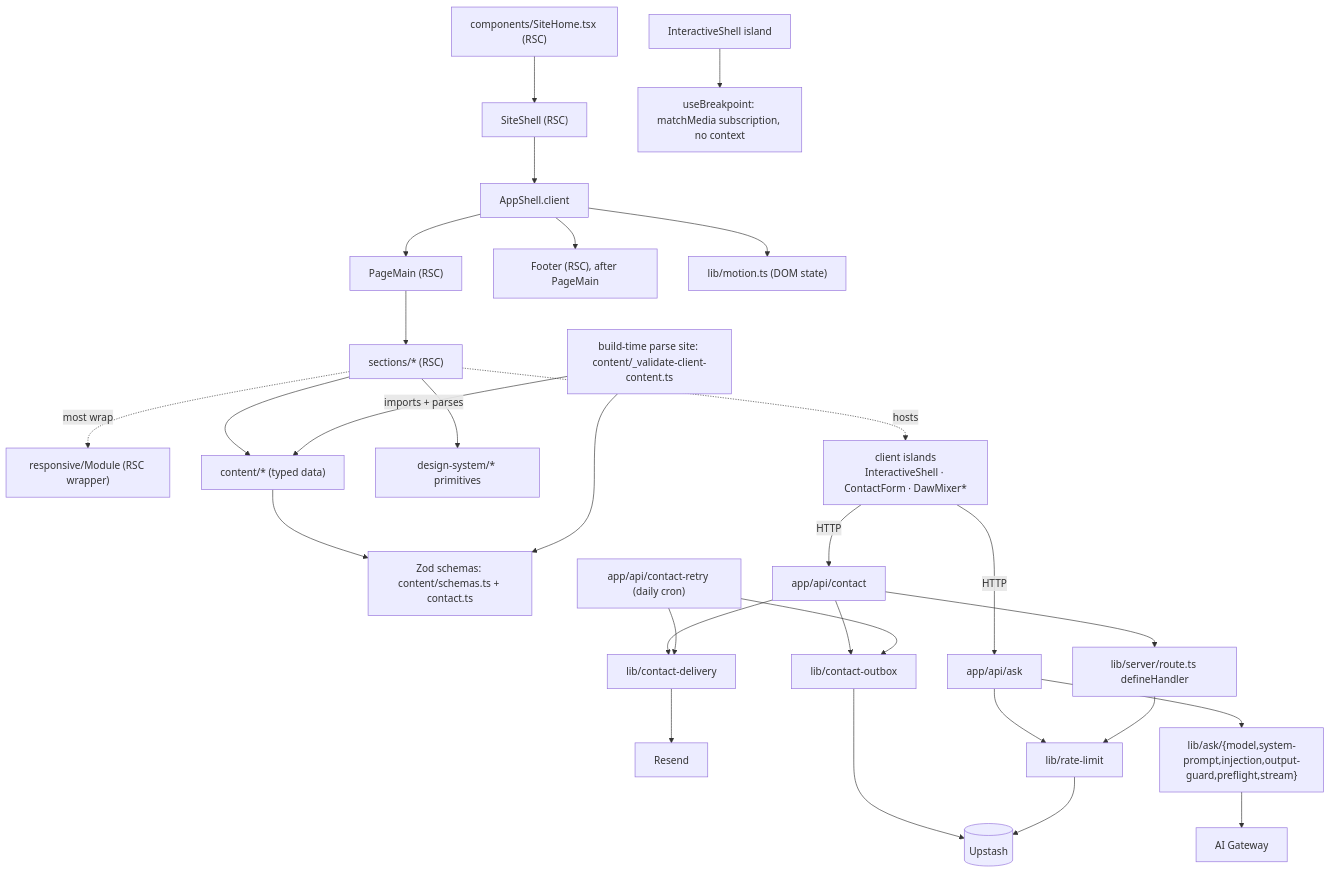
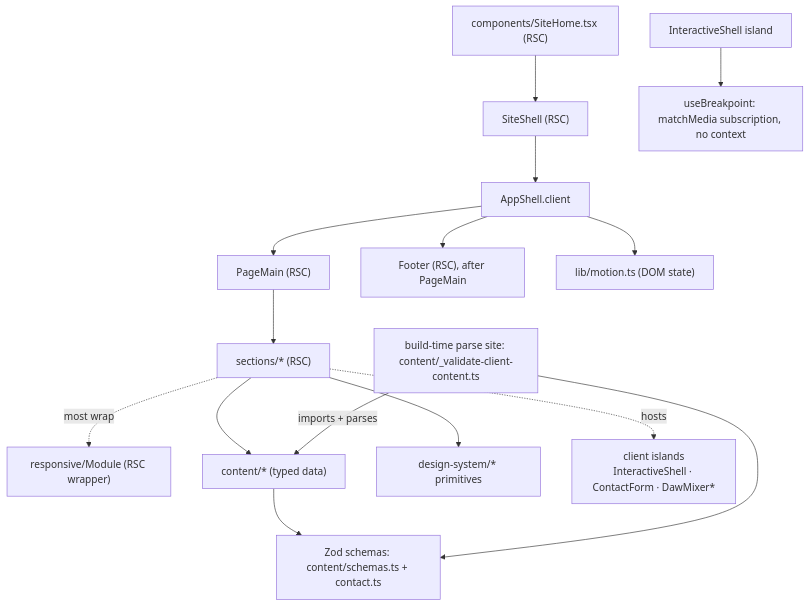
The sixth of 7 diagrams in docs/01-architecture.md (erikunha/portfolio), drawn with Mermaid before and after one commit. The commit also changed other lines of this file and 75 other files, not shown here.

````diff
--- a/docs/01-architecture.md
+++ b/docs/01-architecture.md
@@ -102,31 +126,17 @@
 ```mermaid
 flowchart TD
     page["components/SiteHome.tsx (RSC)"] --> siteshell["SiteShell (RSC)"]
     siteshell --> shell["AppShell.client"]
     shell --> main["PageMain (RSC)"]
     main --> sectionN["sections/* (RSC)"]
     shell --> footer["Footer (RSC), after PageMain"]
     sectionN -. most wrap .-> module["responsive/Module (RSC wrapper)"]
     sectionN --> content["content/* (typed data)"]
     sectionN --> dsprim["design-system/* primitives"]
     sectionN -. hosts .-> island["client islands<br/>InteractiveShell · ContactForm · DawMixer*"]
     content --> schemas["Zod schemas: content/schemas.ts + contact.ts"]
     gate["build-time parse site: content/_validate-client-content.ts"] -->|imports + parses| content
     gate --> schemas
-    island -->|HTTP| apiask["app/api/ask"]
-    island -->|HTTP| apicontact["app/api/contact"]
-    apicontact --> defh["lib/server/route.ts defineHandler"]
-    apicontact --> delivery["lib/contact-delivery"]
-    apicontact --> outbox["lib/contact-outbox"]
-    retry["app/api/contact-retry (daily cron)"] --> delivery
-    retry --> outbox
-    outbox --> redis
-    delivery --> resend["Resend"]
-    apiask --> rl["lib/rate-limit"]
-    apiask --> askmod["lib/ask/{model,system-prompt,injection,output-guard,preflight,stream}"]
-    defh --> rl
-    rl --> redis[("Upstash")]
-    askmod --> gw["AI Gateway"]
     shellisland["InteractiveShell island"] --> media["useBreakpoint: matchMedia subscription, no context"]
     shell --> motion["lib/motion.ts (DOM state)"]
 ```
````
